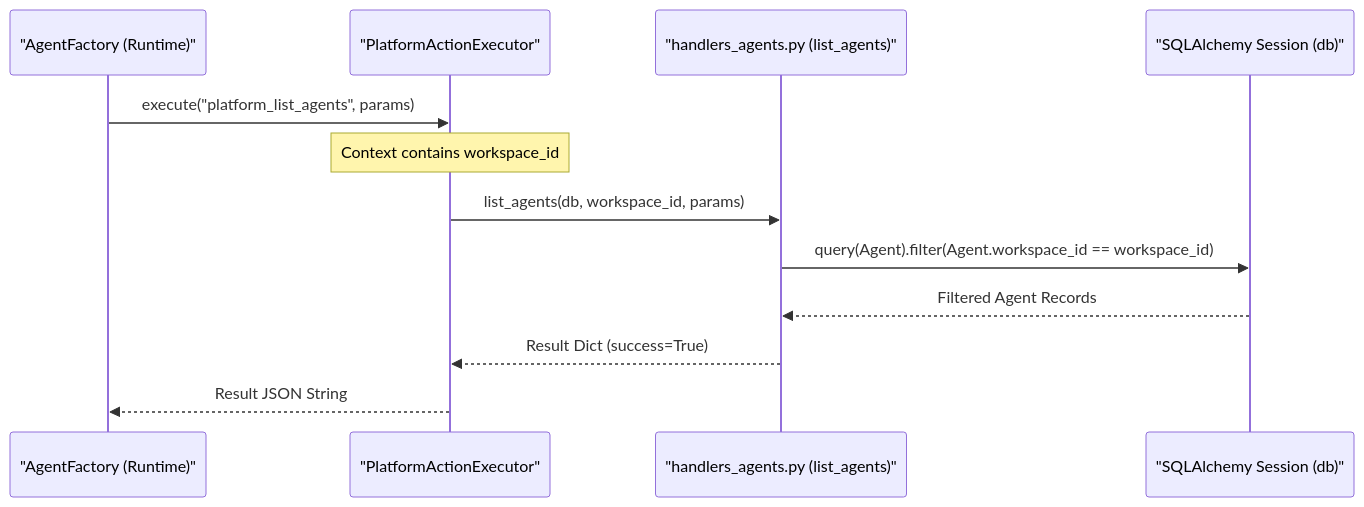
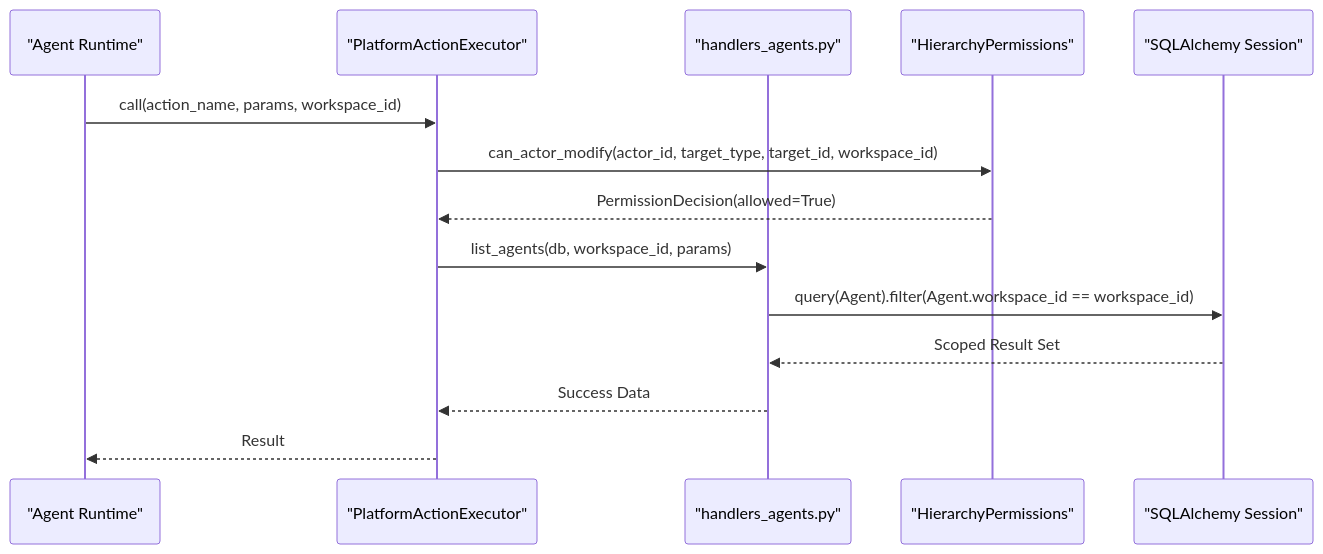
The second of 2 diagrams in docs/tools-integrations/permission-validation-system.md (AutomatosAI/automatos-ai), drawn with Mermaid before and after one commit. The commit also changed other lines of this file and 153 other files, not shown here.

````diff
--- a/docs/tools-integrations/permission-validation-system.md
+++ b/docs/tools-integrations/permission-validation-system.md
@@ -133,15 +143,17 @@
 ```mermaid
 sequenceDiagram
-    participant Agent as "AgentFactory (Runtime)"
-    participant Exec as "PlatformActionExecutor"
-    participant Handler as "handlers_agents.py (list_agents)"
-    participant DB as "SQLAlchemy Session (db)"
+    participant Agent as "Agent Runtime"
+    participant PlatExec as "PlatformActionExecutor"
+    participant Handler as "handlers_agents.py"
+    participant Hierarchy as "HierarchyPermissions"
+    participant DB as "SQLAlchemy Session"
 
-    Agent->>Exec: execute("platform_list_agents", params)
-    Note over Exec: Context contains workspace_id
-    Exec->>Handler: list_agents(db, workspace_id, params)
+    Agent->>PlatExec: call(action_name, params, workspace_id)
+    PlatExec->>Hierarchy: can_actor_modify(actor_id, target_type, target_id, workspace_id)
+    Hierarchy-->>PlatExec: PermissionDecision(allowed=True)
+    PlatExec->>Handler: list_agents(db, workspace_id, params)
     Handler->>DB: query(Agent).filter(Agent.workspace_id == workspace_id)
-    DB-->>Handler: Filtered Agent Records
-    Handler-->>Exec: Result Dict (success=True)
-    Exec-->>Agent: Result JSON String
+    DB-->>Handler: Scoped Result Set
+    Handler-->>PlatExec: Success Data
+    PlatExec-->>Agent: Result
 ```
````
